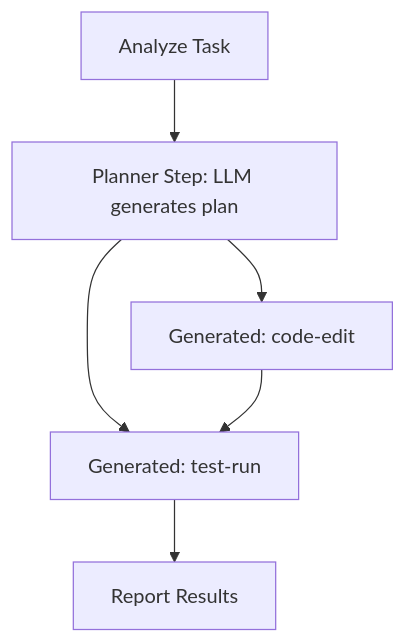
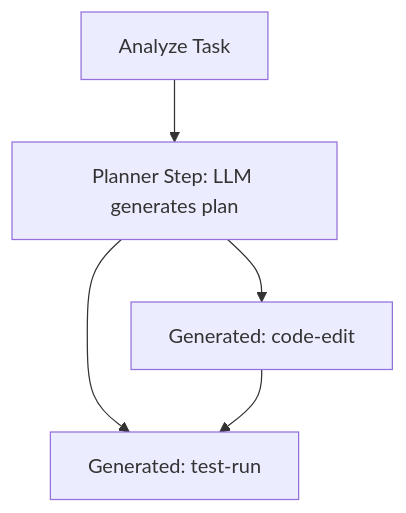
One commit to danmestas/dagnats changed the diagram in docs/site/content/docs/ai-patterns/planner-pattern.md. Above: the diagram before and after it, drawn with Mermaid. The commit also changed other lines of this file and 39 other files, not shown here.

````diff
--- a/docs/site/content/docs/ai-patterns/planner-pattern.md
+++ b/docs/site/content/docs/ai-patterns/planner-pattern.md
@@ -12,8 +12,7 @@
 ```mermaid
 graph TD
     A[Analyze Task] --> P[Planner Step: LLM generates plan]
     P --> G1[Generated: code-edit]
     P --> G2[Generated: test-run]
     G1 --> G2
-    G2 --> R[Report Results]
 ```
````
